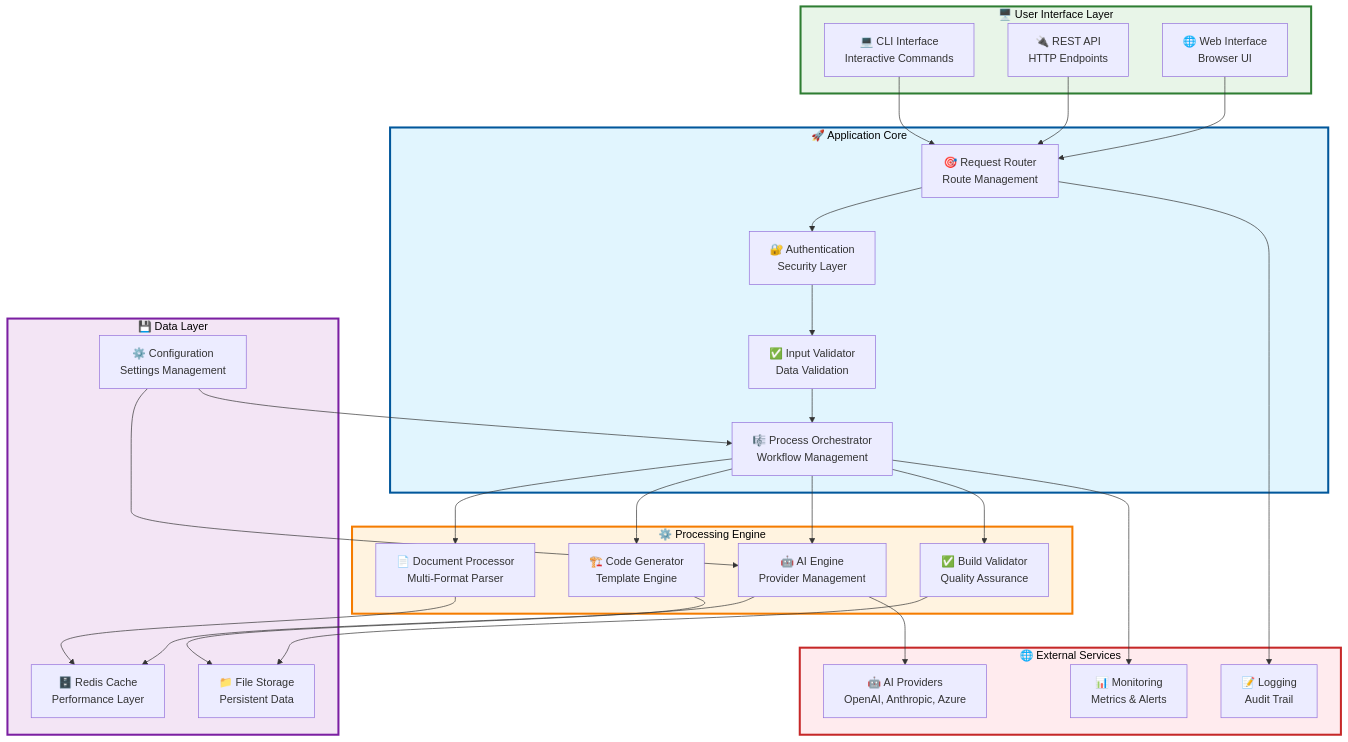
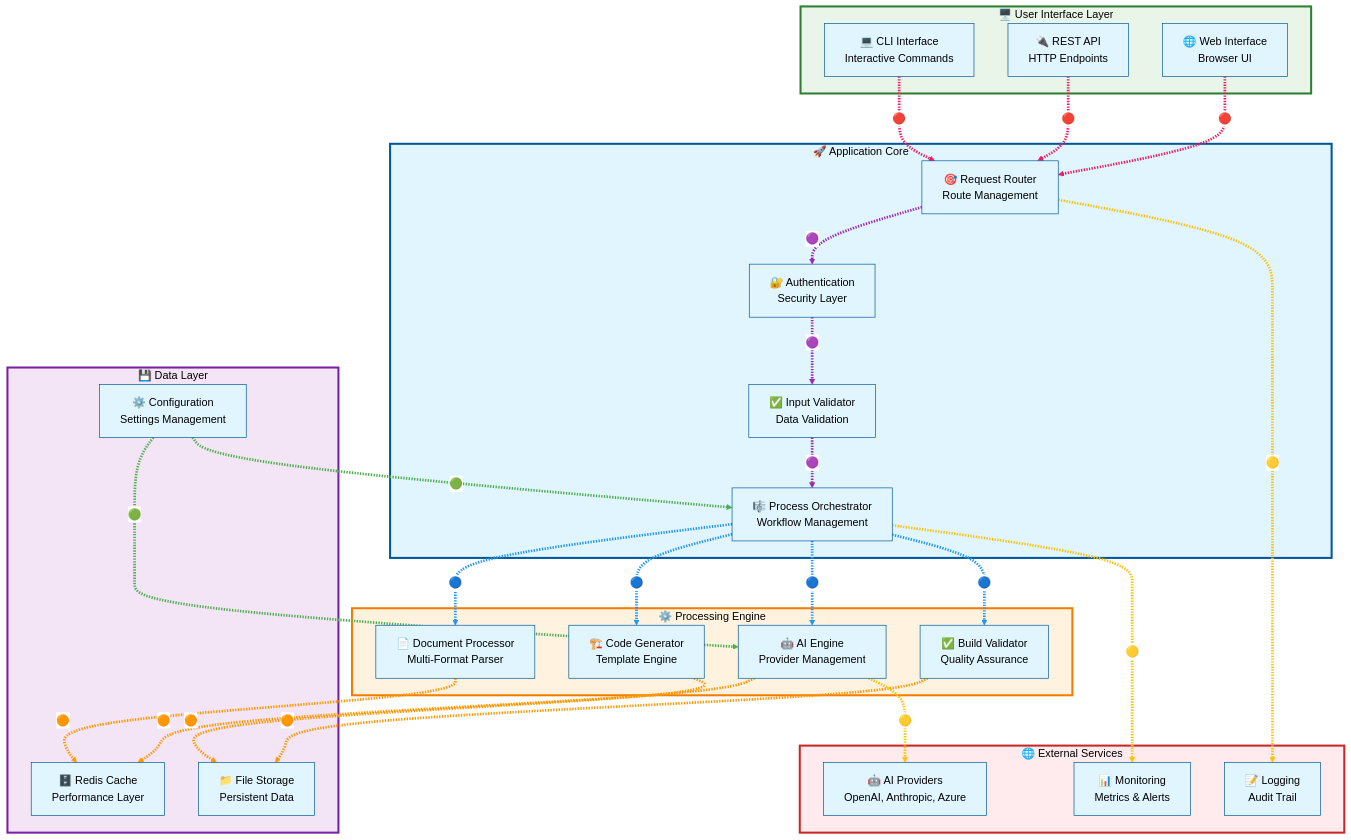
The first of 9 diagrams in docs/architecture/component-diagrams.md (usemanusai/JAEGIS-AI-Web-OS), drawn with Mermaid before and after one commit. The commit also changed other lines of this file, not shown here.

First line of the commit message:
fix: Make ALL Mermaid diagram arrows highly visible in component diagrams

````diff
--- a/docs/architecture/component-diagrams.md
+++ b/docs/architecture/component-diagrams.md
@@ -13,4 +13,5 @@
 ```mermaid
+%%{init: {'theme':'base', 'themeVariables': {'primaryColor':'#e1f5fe', 'primaryTextColor':'#000', 'primaryBorderColor':'#01579b', 'lineColor':'#ff0066', 'arrowheadColor':'#ff0066', 'edgeLabelBackground':'#ffffff', 'tertiaryColor':'#fff'}}}%%
 graph TB
     subgraph UserInterface["🖥️ User Interface Layer"]
         CLI["💻 CLI Interface<br/>Interactive Commands"]
@@ -44,30 +45,30 @@
         LOGGING["📝 Logging<br/>Audit Trail"]
     end
     
-    CLI --> ROUTER
-    API --> ROUTER
-    WEB --> ROUTER
+    CLI -.->|"🔴"| ROUTER
+    API -.->|"🔴"| ROUTER
+    WEB -.->|"🔴"| ROUTER
     
-    ROUTER --> AUTH
-    AUTH --> VALIDATOR
-    VALIDATOR --> ORCHESTRATOR
+    ROUTER -.->|"🟣"| AUTH
+    AUTH -.->|"🟣"| VALIDATOR
+    VALIDATOR -.->|"🟣"| ORCHESTRATOR
     
-    ORCHESTRATOR --> DOC_PROC
-    ORCHESTRATOR --> AI_ENGINE
-    ORCHESTRATOR --> CODE_GEN
-    ORCHESTRATOR --> BUILD_VAL
+    ORCHESTRATOR -.->|"🔵"| DOC_PROC
+    ORCHESTRATOR -.->|"🔵"| AI_ENGINE
+    ORCHESTRATOR -.->|"🔵"| CODE_GEN
+    ORCHESTRATOR -.->|"🔵"| BUILD_VAL
     
-    DOC_PROC --> CACHE
-    AI_ENGINE --> CACHE
-    CODE_GEN --> STORAGE
-    BUILD_VAL --> STORAGE
+    DOC_PROC -.->|"🟠"| CACHE
+    AI_ENGINE -.->|"🟠"| CACHE
+    CODE_GEN -.->|"🟠"| STORAGE
+    BUILD_VAL -.->|"🟠"| STORAGE
     
-    AI_ENGINE --> AI_PROVIDERS
-    ORCHESTRATOR --> MONITORING
-    ROUTER --> LOGGING
+    AI_ENGINE -.->|"🟡"| AI_PROVIDERS
+    ORCHESTRATOR -.->|"🟡"| MONITORING
+    ROUTER -.->|"🟡"| LOGGING
     
-    CONFIG --> ORCHESTRATOR
-    CONFIG --> AI_ENGINE
+    CONFIG -.->|"🟢"| ORCHESTRATOR
+    CONFIG -.->|"🟢"| AI_ENGINE
     
     classDef uiStyle fill:#e8f5e8,stroke:#2e7d32,stroke-width:3px,color:#000
     classDef coreStyle fill:#e1f5fe,stroke:#01579b,stroke-width:3px,color:#000
@@ -80,4 +81,24 @@
     class ProcessingEngine engineStyle
     class DataLayer dataStyle
     class ExternalServices externalStyle
+    
+    linkStyle 0 stroke:#e91e63,stroke-width:4px
+    linkStyle 1 stroke:#e91e63,stroke-width:4px
+    linkStyle 2 stroke:#e91e63,stroke-width:4px
+    linkStyle 3 stroke:#9c27b0,stroke-width:4px
+    linkStyle 4 stroke:#9c27b0,stroke-width:4px
+    linkStyle 5 stroke:#9c27b0,stroke-width:4px
+    linkStyle 6 stroke:#2196f3,stroke-width:4px
+    linkStyle 7 stroke:#2196f3,stroke-width:4px
+    linkStyle 8 stroke:#2196f3,stroke-width:4px
+    linkStyle 9 stroke:#2196f3,stroke-width:4px
+    linkStyle 10 stroke:#ff9800,stroke-width:4px
+    linkStyle 11 stroke:#ff9800,stroke-width:4px
+    linkStyle 12 stroke:#ff9800,stroke-width:4px
+    linkStyle 13 stroke:#ff9800,stroke-width:4px
+    linkStyle 14 stroke:#ffc107,stroke-width:4px
+    linkStyle 15 stroke:#ffc107,stroke-width:4px
+    linkStyle 16 stroke:#ffc107,stroke-width:4px
+    linkStyle 17 stroke:#4caf50,stroke-width:4px
+    linkStyle 18 stroke:#4caf50,stroke-width:4px
 ```
````
